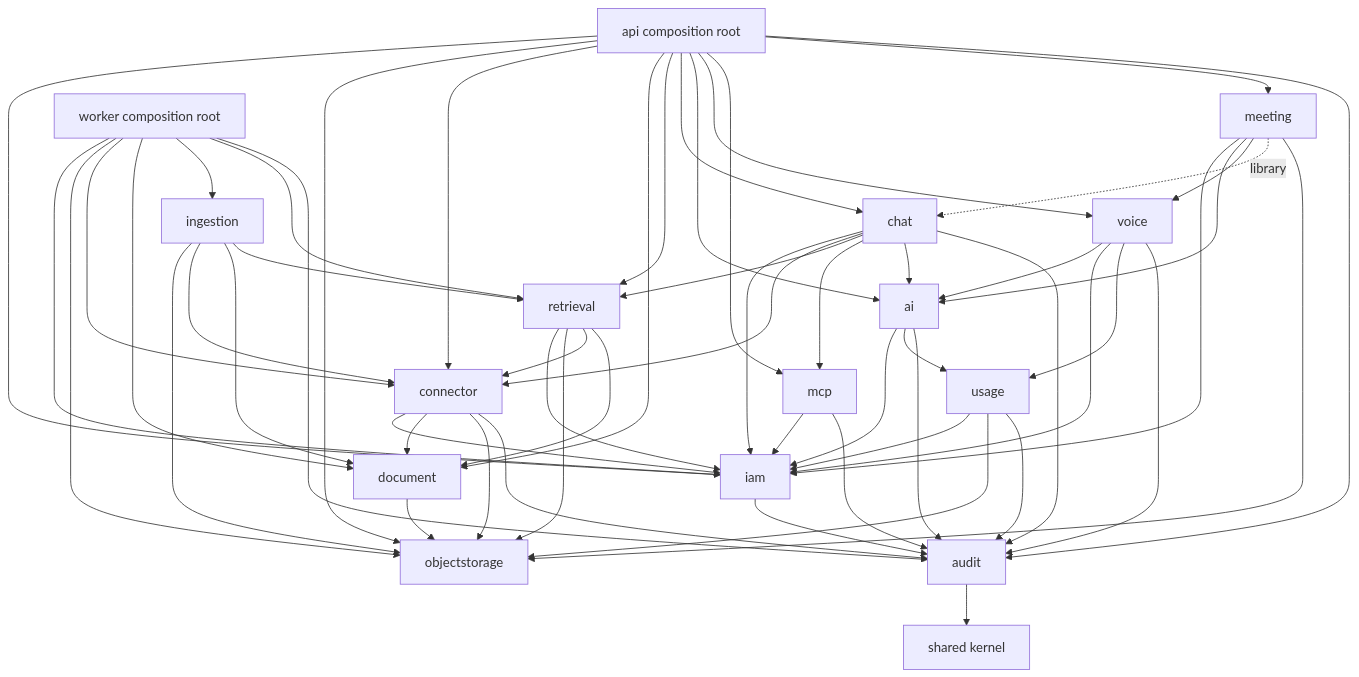
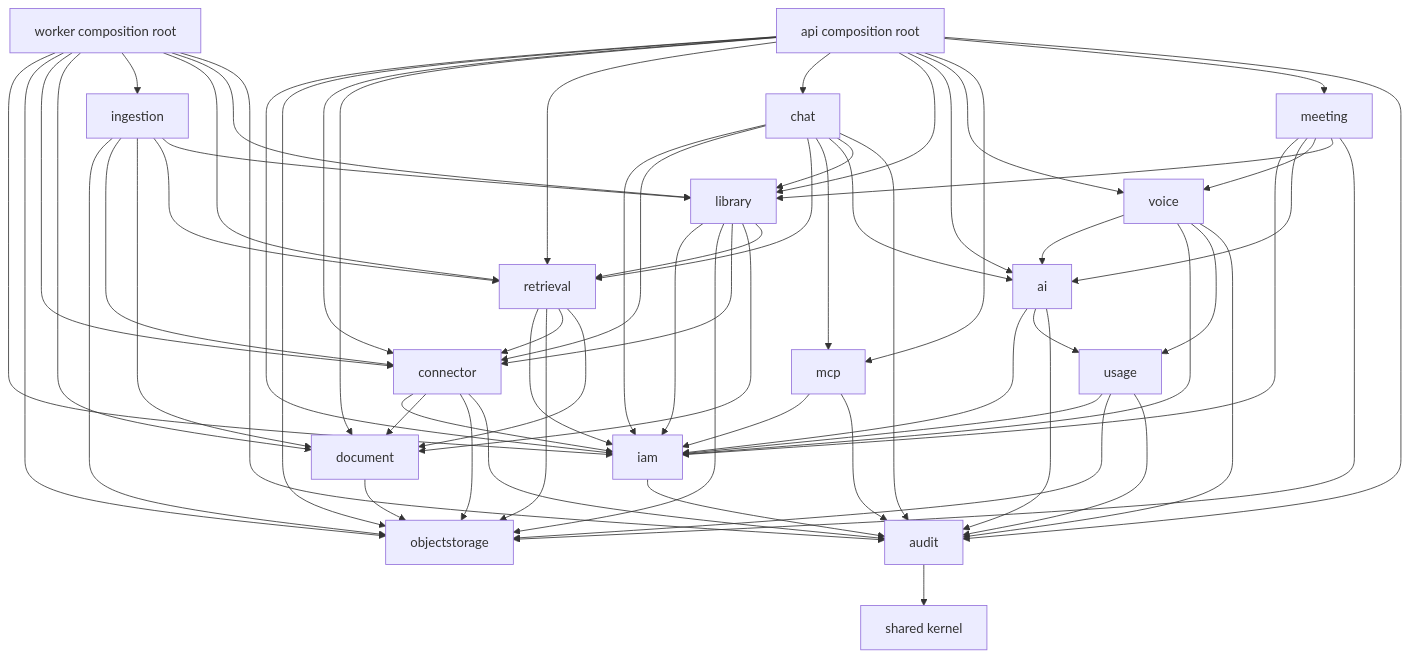
One commit to kl3inIT/MemoryOS changed the second of 6 diagrams in ARCHITECTURE.md. Above: the diagram before and after it, drawn with Mermaid. The commit also changed other lines of this file and 13 other files, not shown here.

````diff
--- a/ARCHITECTURE.md
+++ b/ARCHITECTURE.md
@@ -56,6 +56,7 @@
     ING[ingestion]
     RET[retrieval]
     CHAT[chat]
+    LIB[library]
     AI[ai]
     VOICE[voice]
     MCP[mcp]
@@ -73,6 +74,7 @@
     ING --> CON
     ING --> DOC
     ING --> RET
+    ING --> LIB
     RET --> IAM
     RET --> OBJ
     RET --> CON
@@ -82,6 +84,12 @@
     CHAT --> RET
     CHAT --> MCP
     CHAT --> AI
+    CHAT --> LIB
+    LIB --> IAM
+    LIB --> OBJ
+    LIB --> CON
+    LIB --> DOC
+    LIB --> RET
     AI --> IAM
     AI --> USAGE
     VOICE --> AI
@@ -90,7 +98,7 @@
     MEET --> IAM
     MEET --> AI
     MEET --> VOICE
-    MEET -. library .-> CHAT
+    MEET --> LIB
     MEET --> OBJ
     IAM --> AUD
     CON --> AUD
@@ -109,6 +117,7 @@
     API --> DOC
     API --> RET
     API --> CHAT
+    API --> LIB
     API --> AI
     API --> VOICE
     API --> MCP
@@ -120,5 +129,6 @@
     WORKER --> DOC
     WORKER --> ING
     WORKER --> RET
+    WORKER --> LIB
     WORKER --> AUD
 ```
````
